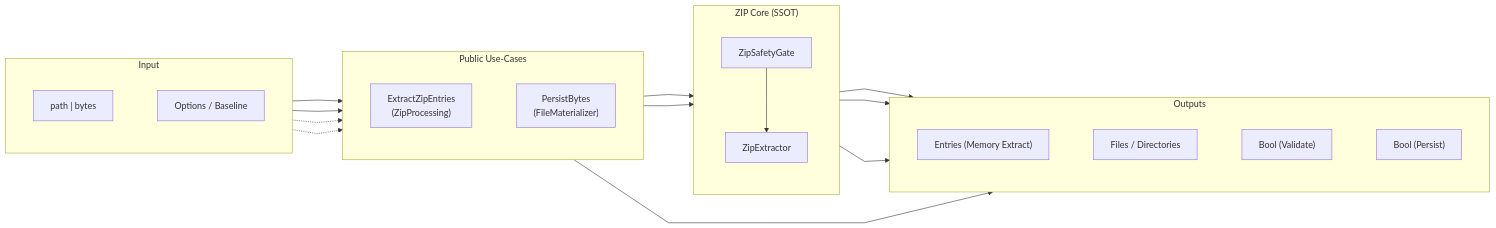
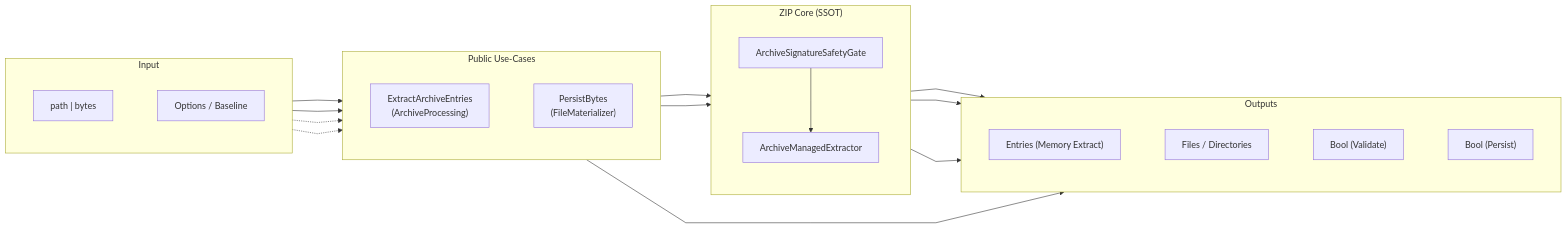
One commit to tomtastisch/FileClassifier changed the fourth of 9 diagrams in docs/02_ARCHITECTURE_AND_FLOWS.md. Above: the diagram before and after it, drawn with Mermaid. The commit also changed other lines of this file and 32 other files, not shown here.

Commit message:
refactor: vereinheitliche zip-benennungen auf archive

````diff
--- a/docs/02_ARCHITECTURE_AND_FLOWS.md
+++ b/docs/02_ARCHITECTURE_AND_FLOWS.md
@@ -139,54 +139,54 @@
 ```mermaid
 %%{init: {"flowchart": {"curve": "linear", "nodeSpacing": 80, "rankSpacing": 90}, "themeVariables": {"fontSize": "16px"}}}%%
 flowchart LR
 %% --- INPUTS ---
     subgraph INPUT["Input"]
         direction TB
         IN["path | bytes"]
         OPT["Options / Baseline"]
     end
 
 %% --- USE CASES ---
     subgraph UC["Public Use-Cases"]
         direction TB
-        UC2["ExtractZipEntries<br/>(ZipProcessing)"]
+        UC2["ExtractArchiveEntries<br/>(ArchiveProcessing)"]
         UC3["PersistBytes<br/>(FileMaterializer)"]
     end
 
 %% --- ZIP CORE (SSOT) ---
     subgraph CORE["ZIP Core (SSOT)"]
         direction TB
-        G["ZipSafetyGate"]
-        X["ZipExtractor"]
+        G["ArchiveSignatureSafetyGate"]
+        X["ArchiveManagedExtractor"]
         G --> X
     end
 
 %% --- OUTPUTS ---
     subgraph OUT["Outputs"]
         direction TB
         O3["Entries (Memory Extract)"]
         O4["Files / Directories"]
         O2A["Bool (Validate)"]
         O2B["Bool (Persist)"]
     end
 
 %% wiring: inputs -> use cases
     IN --> UC2
     IN --> UC3
 
 %% options context (no dataflow)
     OPT -.-> UC2
     OPT -.-> UC3
 
 %% use cases -> gate
     UC2 --> G
     UC3 --> G
 
 %% gate outcomes
     G --> O2A
     UC3 --> O2B
 
 %% extractor outcomes
     X --> O3
     X --> O4
 ```
````
